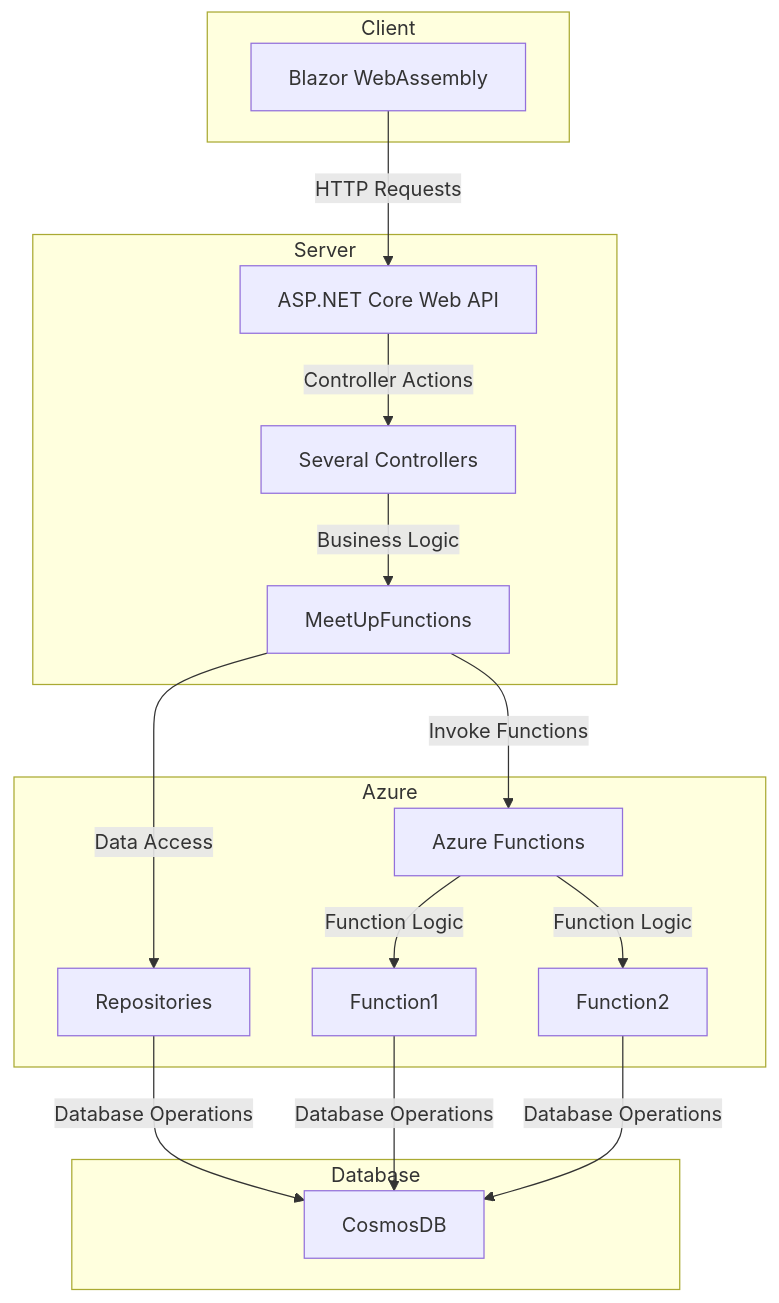
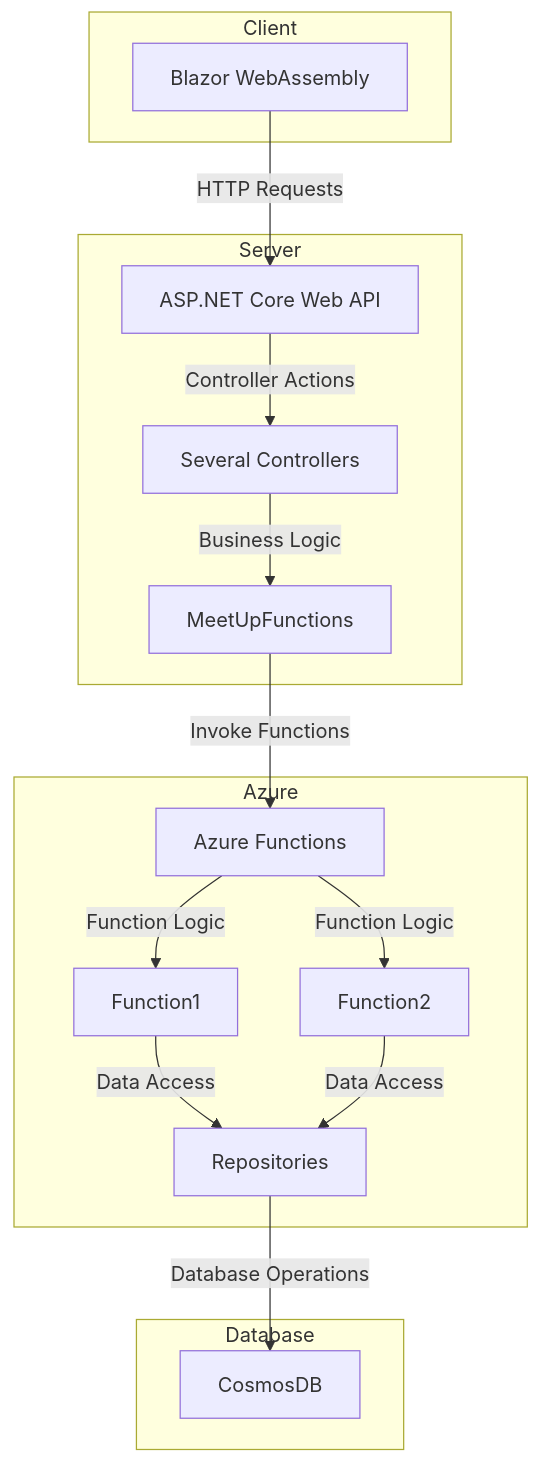
The diagram in README.md (rbrands/MeetUpPlanner), drawn with Mermaid before and after one commit.

````diff
--- a/README.md
+++ b/README.md
@@ -22,34 +22,33 @@
 ```mermaid
     graph TD
     subgraph Client
         A[Blazor WebAssembly]
     end
 
     subgraph Server
         B[ASP.NET Core Web API]
         C[Several Controllers]
         D[MeetUpFunctions]
     end
 
     subgraph Azure
         G[Azure Functions]
         H[Function1]
         I[Function2]
         E[Repositories]
     end
 
     subgraph Database
         F[CosmosDB]
     end
 
     A -->|HTTP Requests| B
     B -->|Controller Actions| C
     C -->|Business Logic| D
-    D -->|Data Access| E
+    H -->|Data Access| E
+    I -->|Data Access| E
     E -->|Database Operations| F
     D -->|Invoke Functions| G
     G -->|Function Logic| H
     G -->|Function Logic| I
-    H -->|Database Operations| F
-    I -->|Database Operations| F
 ```
````
